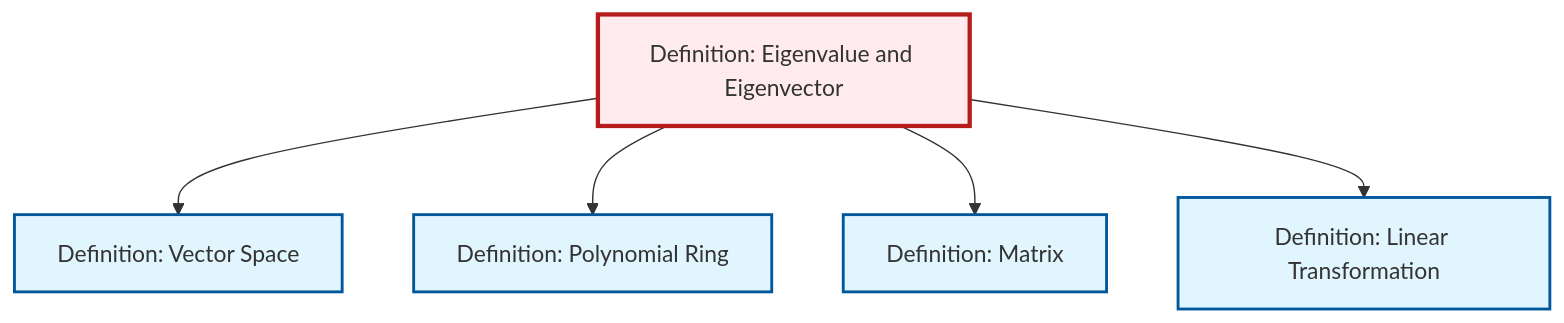
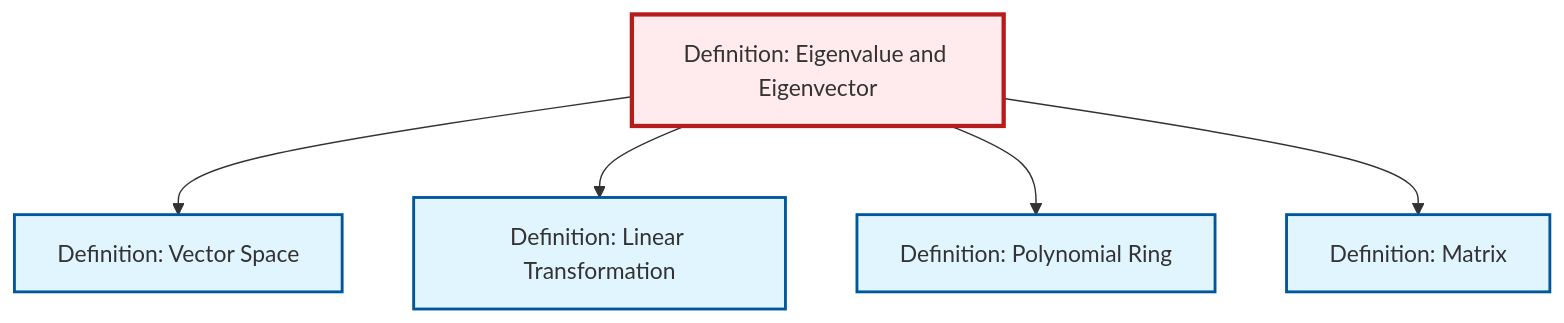
One commit to RK0429/ModernMath changed the diagram in content/en/algebra/def-eigenvalue-eigenvector.qmd. Above: the diagram before and after it, drawn with Mermaid. The commit also changed other lines of this file and 491 other files, not shown here.

````diff
--- a/content/en/algebra/def-eigenvalue-eigenvector.qmd
+++ b/content/en/algebra/def-eigenvalue-eigenvector.qmd
@@ -73,23 +73,23 @@
 ```{mermaid}
 %%| fig-cap: "Local dependency graph"
 graph TD
     classDef definition fill:#e1f5fe,stroke:#01579b,stroke-width:2px
     classDef theorem fill:#f3e5f5,stroke:#4a148c,stroke-width:2px
     classDef axiom fill:#fff3e0,stroke:#e65100,stroke-width:2px
     classDef example fill:#e8f5e9,stroke:#1b5e20,stroke-width:2px
     classDef current fill:#ffebee,stroke:#b71c1c,stroke-width:3px
+    def-eigenvalue-eigenvector["Definition: Eigenvalue and Eigenvector"]:::definition
     def-polynomial-ring["Definition: Polynomial Ring"]:::definition
     def-linear-transformation["Definition: Linear Transformation"]:::definition
+    def-vector-space["Definition: Vector Space"]:::definition
     def-matrix["Definition: Matrix"]:::definition
-    def-eigenvalue-eigenvector["Definition: Eigenvalue and Eigenvector"]:::definition
-    def-vector-space["Definition: Vector Space"]:::definition
     def-eigenvalue-eigenvector --> def-vector-space
+    def-eigenvalue-eigenvector --> def-linear-transformation
     def-eigenvalue-eigenvector --> def-polynomial-ring
     def-eigenvalue-eigenvector --> def-matrix
-    def-eigenvalue-eigenvector --> def-linear-transformation
     class def-eigenvalue-eigenvector current
     click def-polynomial-ring "def-polynomial-ring.html" "Go to Polynomial Ring definition"
     click def-linear-transformation "def-linear-transformation.html" "Go to Linear Transformation definition"
+    click def-vector-space "def-vector-space.html" "Go to Vector Space definition"
     click def-matrix "def-matrix.html" "Go to Matrix definition"
-    click def-vector-space "def-vector-space.html" "Go to Vector Space definition"
 ```
````
